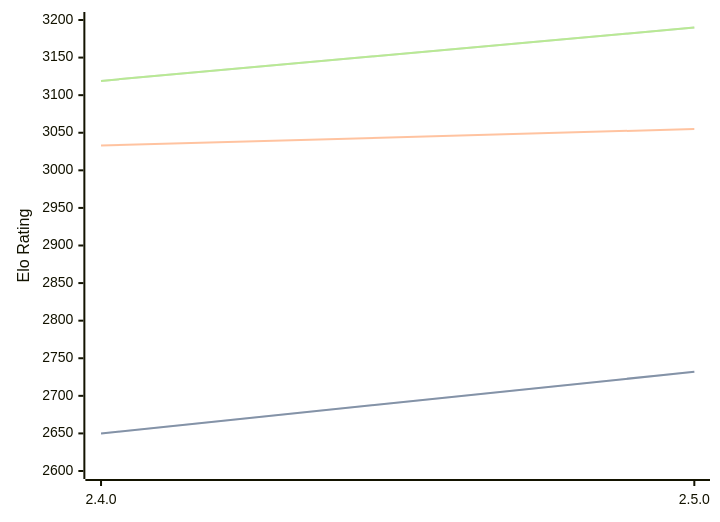
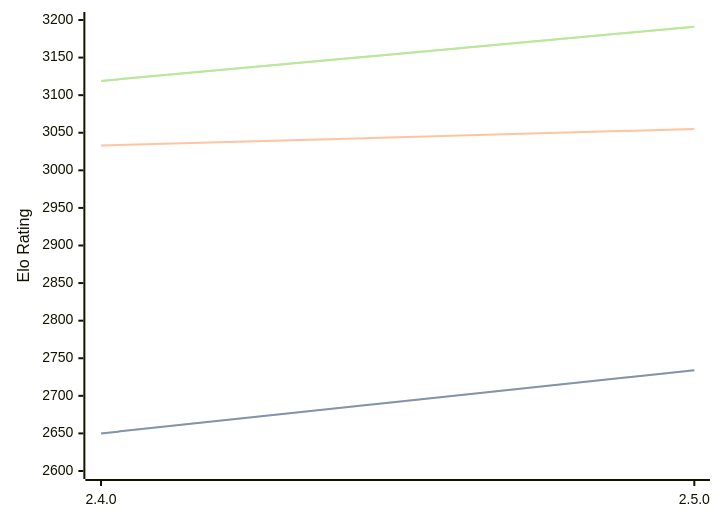
One commit to computer-chess-index/cci changed the diagram in engines/Sturddle2.md. Above: the diagram before and after it, drawn with Mermaid. The commit also changed other lines of this file, not shown here.

Commit message:
Update CCI Ratings (ELO VLTC) - 2026-04-10

````diff
--- a/engines/Sturddle2.md
+++ b/engines/Sturddle2.md
@@ -37,11 +37,11 @@
 ```mermaid
 %%{init: {"theme":"base","themeVariables":{"seriesColors:['#a3a3a3','#222221','#faa371']}}}%%
 xychart-beta
   x-axis ["2.4.0", "2.5.0"]
   y-axis "Elo Rating" 2600 --> 3200
-  line "STC (8.0+0.08s)" [2650, 2732]
-  line "STC (8.0+0.08s)" [2650, 2732]
+  line "STC (8.0+0.08s)" [2650, 2734]
+  line "STC (8.0+0.08s)" [2650, 2734]
   line "LTC (60.0+0.60s)" [3033, 3055]
-  line "VLTC (2m24s+1.12s)" [3119, 3190]
-  line "VLTC (2m24s+1.12s)" [3119, 3190]
+  line "VLTC (2m24s+1.12s)" [3119, 3191]
+  line "VLTC (2m24s+1.12s)" [3119, 3191]
 ```
````
